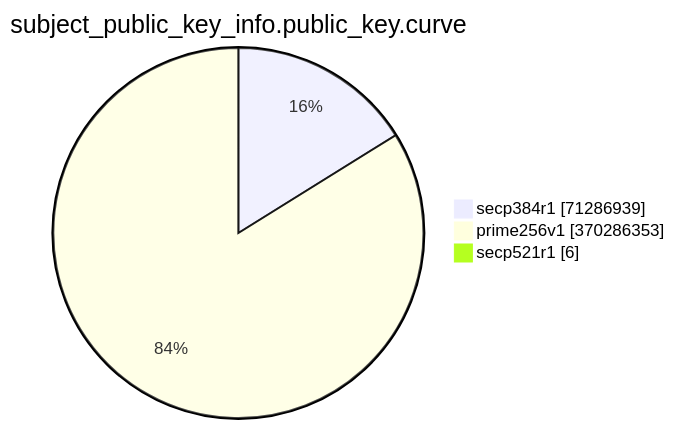
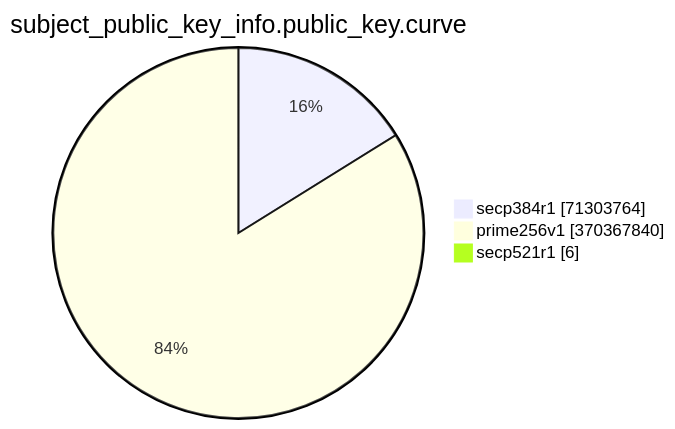
One commit to christiankrug/ctmonitor_visualization changed the eighth of 15 diagrams in TOTAL/README.md. Above: the diagram before and after it, drawn with Mermaid. The commit also changed other lines of this file, not shown here.

````diff
--- a/TOTAL/README.md
+++ b/TOTAL/README.md
@@ -3094,7 +3094,7 @@
 ```mermaid
 pie showData
 title subject_public_key_info.public_key.curve
-"secp384r1" :71286939
-"prime256v1" :370286353
+"secp384r1" :71303764
+"prime256v1" :370367840
 "secp521r1" :6
 ```
````
